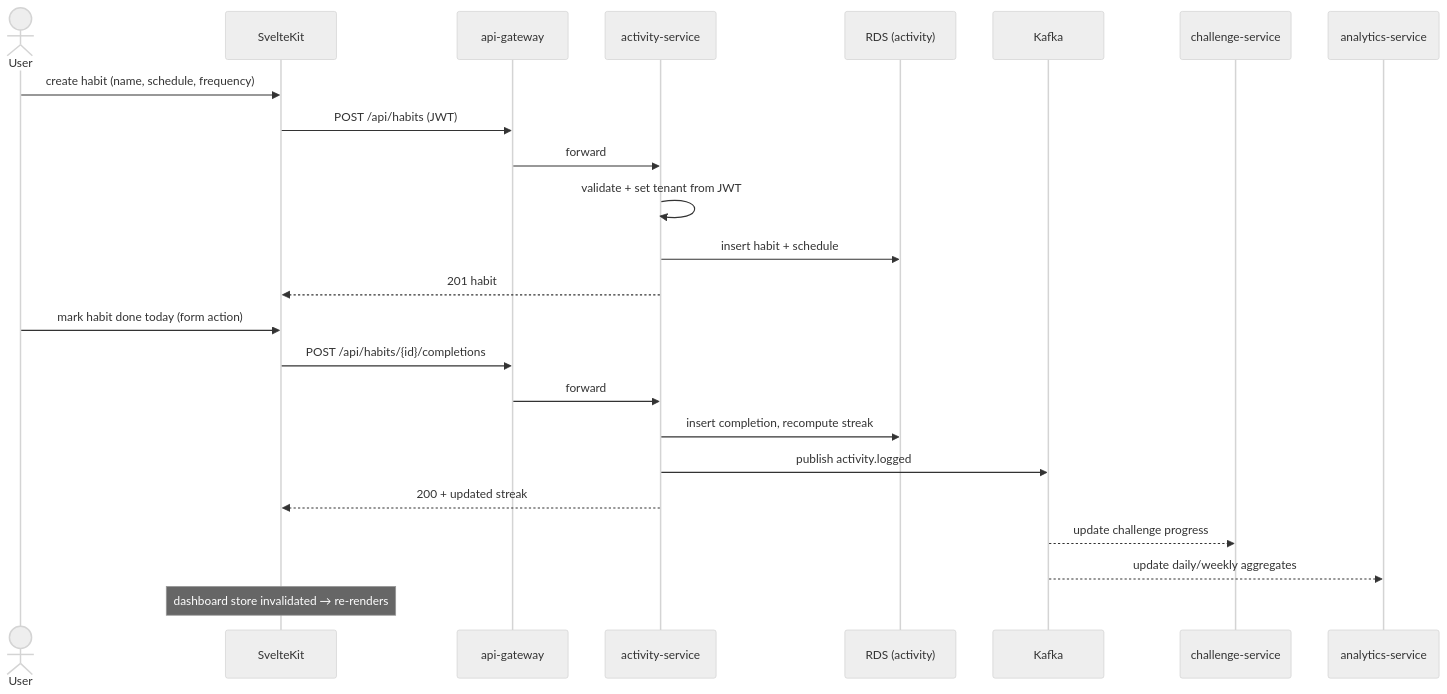
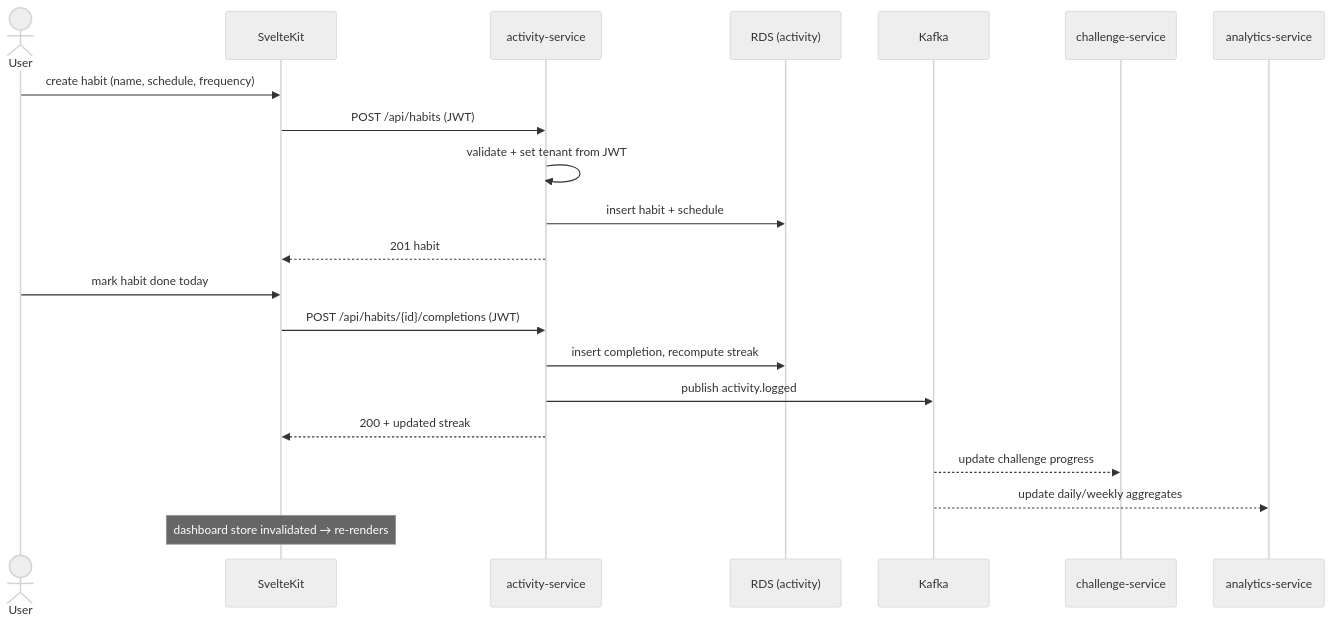
The eighth of 10 diagrams in docs/03-diagrams.md (rohitvats26/habitloop), drawn with Mermaid (neutral theme) before and after one commit. The commit also changed other lines of this file and 121 other files, not shown here.

````diff
--- a/docs/03-diagrams.md
+++ b/docs/03-diagrams.md
@@ -309,28 +303,25 @@
 ```mermaid
 sequenceDiagram
     actor U as User
     participant FE as SvelteKit
-    participant GW as api-gateway
     participant AS as activity-service
     participant DB as RDS (activity)
     participant K as Kafka
     participant CS as challenge-service
     participant ANS as analytics-service
 
     U->>FE: create habit (name, schedule, frequency)
-    FE->>GW: POST /api/habits (JWT)
-    GW->>AS: forward
+    FE->>AS: POST /api/habits (JWT)
     AS->>AS: validate + set tenant from JWT
     AS->>DB: insert habit + schedule
     AS-->>FE: 201 habit
 
-    U->>FE: mark habit done today (form action)
-    FE->>GW: POST /api/habits/{id}/completions
-    GW->>AS: forward
+    U->>FE: mark habit done today
+    FE->>AS: POST /api/habits/{id}/completions (JWT)
     AS->>DB: insert completion, recompute streak
     AS->>K: publish activity.logged
     AS-->>FE: 200 + updated streak
     K-->>CS: update challenge progress
     K-->>ANS: update daily/weekly aggregates
     Note over FE: dashboard store invalidated → re-renders
 ```
````
